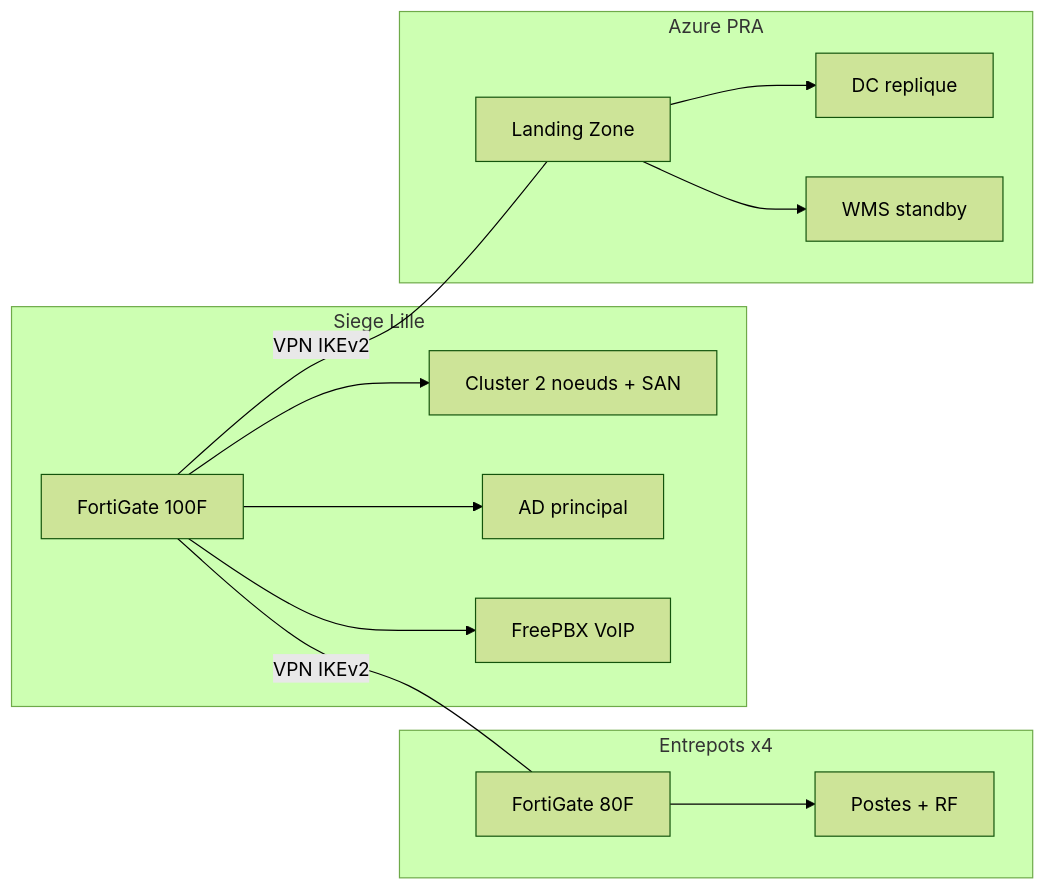
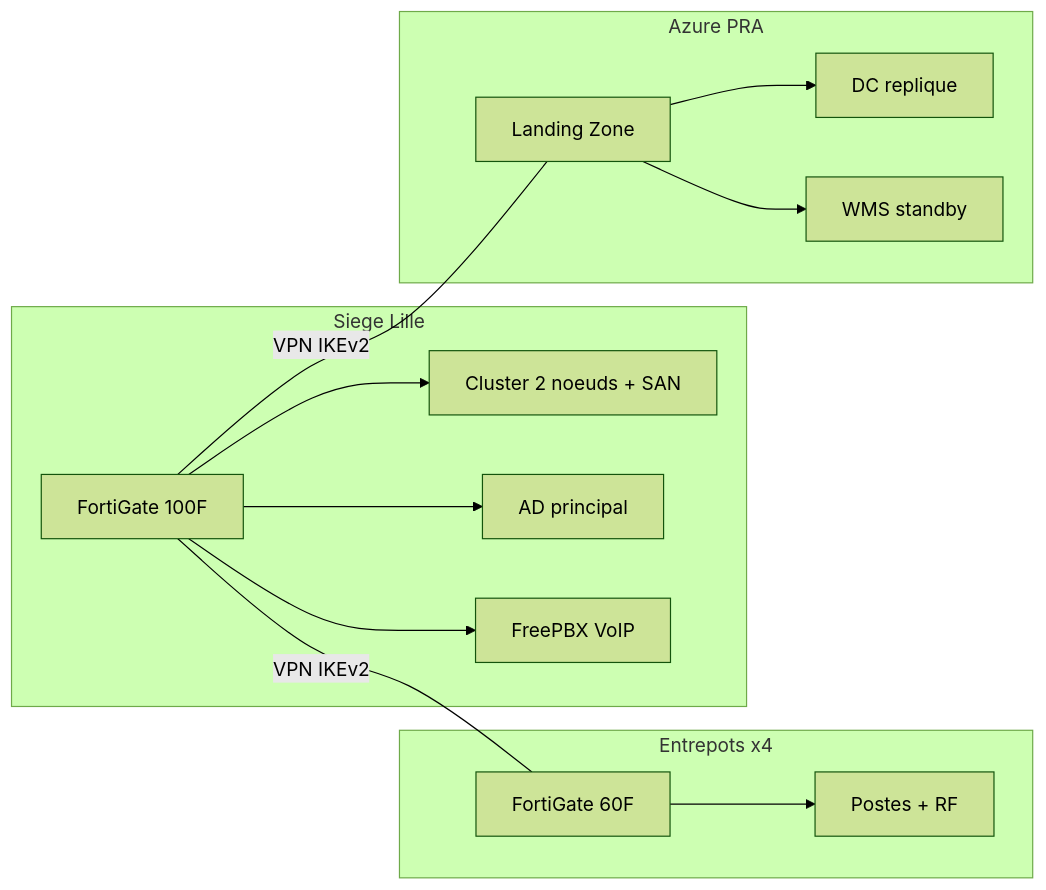
The first of 2 diagrams in README.md (AnythingLegalConsidered/MSPR-NordTransit), drawn with Mermaid (forest theme) before and after one commit. The commit also changed 25 other files, not shown here.

````diff
--- a/README.md
+++ b/README.md
@@ -23,20 +23,20 @@
 ```mermaid
 graph LR
     subgraph Siege Lille
         FW[FortiGate 100F] --> SRV[Cluster 2 noeuds + SAN]
         FW --> AD1[AD principal]
         FW --> IPBX[FreePBX VoIP]
     end
 
     subgraph Entrepots x4
-        FWE[FortiGate 80F] --> DATA[Postes + RF]
+        FWE[FortiGate 60F] --> DATA[Postes + RF]
     end
 
     subgraph Azure PRA
         AZ[Landing Zone] --> AD2[DC replique]
         AZ --> WMS2[WMS standby]
     end
 
     FW -- VPN IKEv2 --- FWE
     FW -- VPN IKEv2 --- AZ
 ```
````
